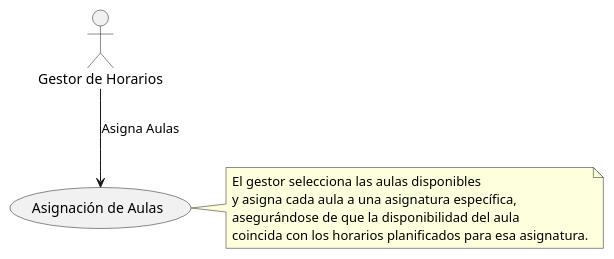
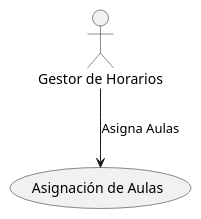
The diagram in Casos de Uso/Asignacion de aulas.puml (mmasias/23-24-IdSw1-SDR), drawn with PlantUML before and after one commit.

Commit message:
Cambiando caso de uso Asignacion de aulas

```diff
--- a/Casos de Uso/Asignacion de aulas.puml
+++ b/Casos de Uso/Asignacion de aulas.puml
@@ -1,11 +1,5 @@
 @startuml
 actor "Gestor de Horarios" as A
 usecase "Asignación de Aulas" as UC1
 A --> UC1 : Asigna Aulas
-note right of UC1
-  El gestor selecciona las aulas disponibles
-  y asigna cada aula a una asignatura específica,
-  asegurándose de que la disponibilidad del aula
-  coincida con los horarios planificados para esa asignatura.
-end note
 @enduml
```
